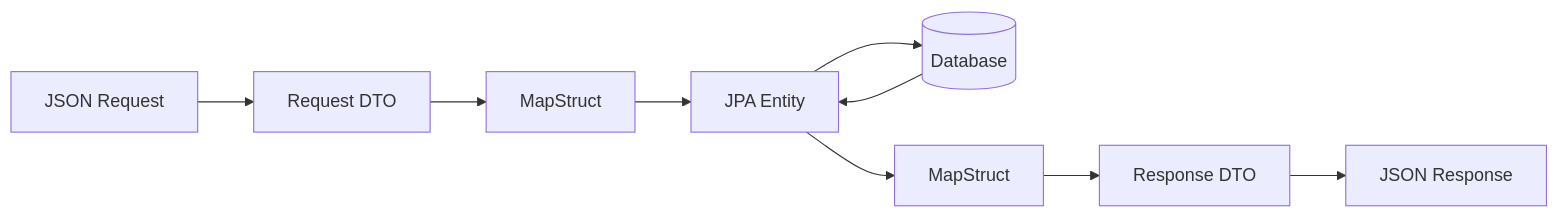
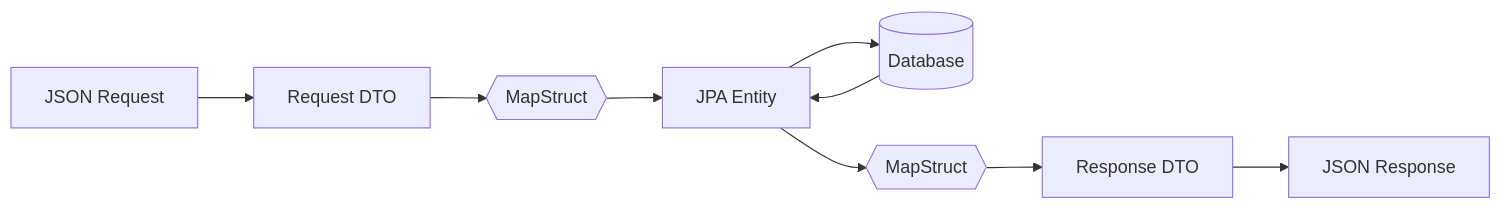
Before and after one commit to Sahil2u47/smart_parking_system: the second of 12 diagrams in README.md, drawn with Mermaid. The commit also changed other lines of this file, not shown here.

````diff
--- a/README.md
+++ b/README.md
@@ -146,11 +185,5 @@
 ```mermaid
 flowchart LR
-    A[JSON Request] --> B[Request DTO]
-    B --> C[MapStruct]
-    C --> D[JPA Entity]
-    D --> E[(Database)]
-    E --> D
-    D --> F[MapStruct]
-    F --> G[Response DTO]
-    G --> H[JSON Response]
+    A["JSON Request"] --> B["Request DTO"] --> C{{"MapStruct"}} --> D["JPA Entity"] --> E[("Database")]
+    E --> D --> F{{"MapStruct"}} --> G["Response DTO"] --> H["JSON Response"]
 ```
````
